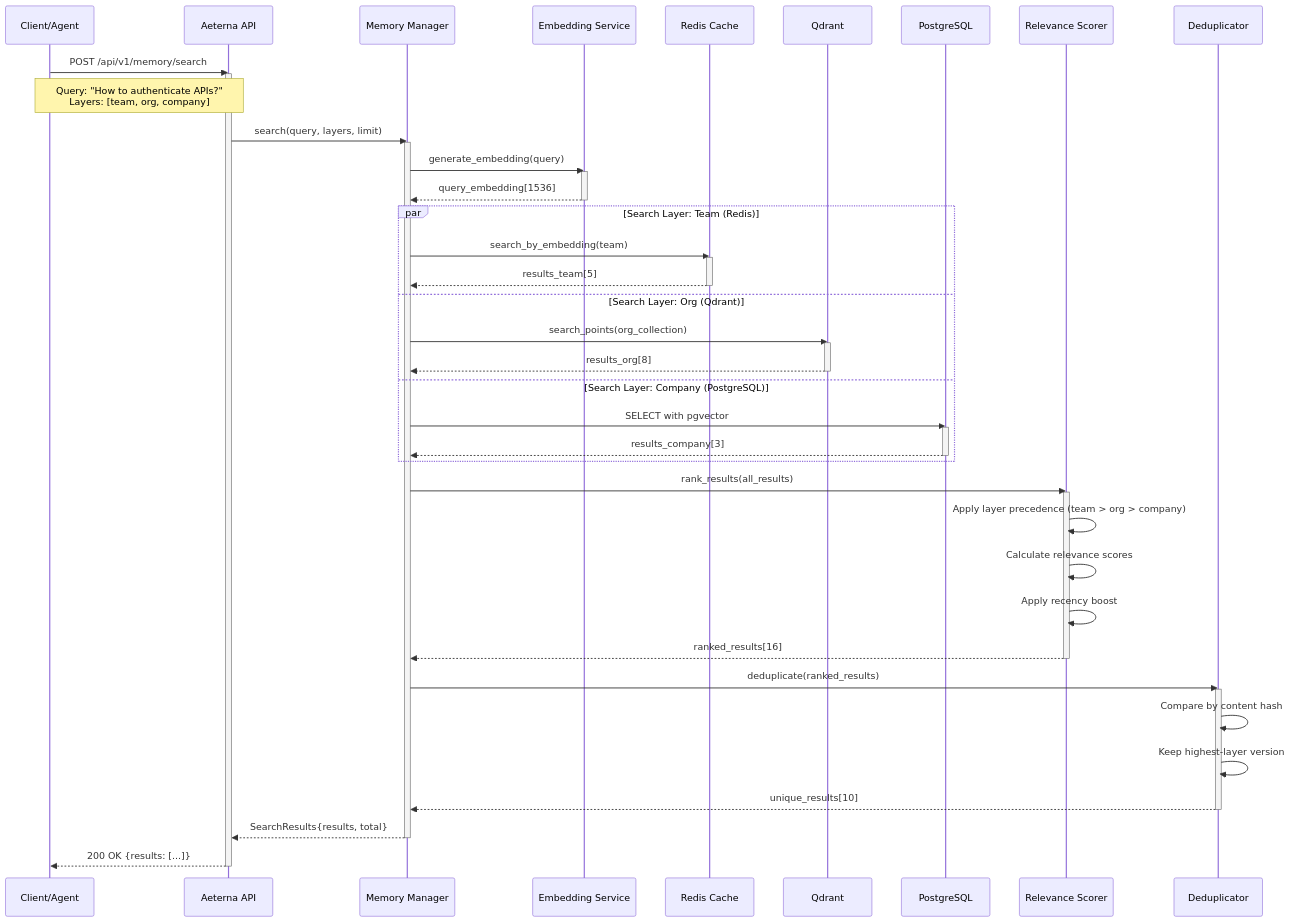
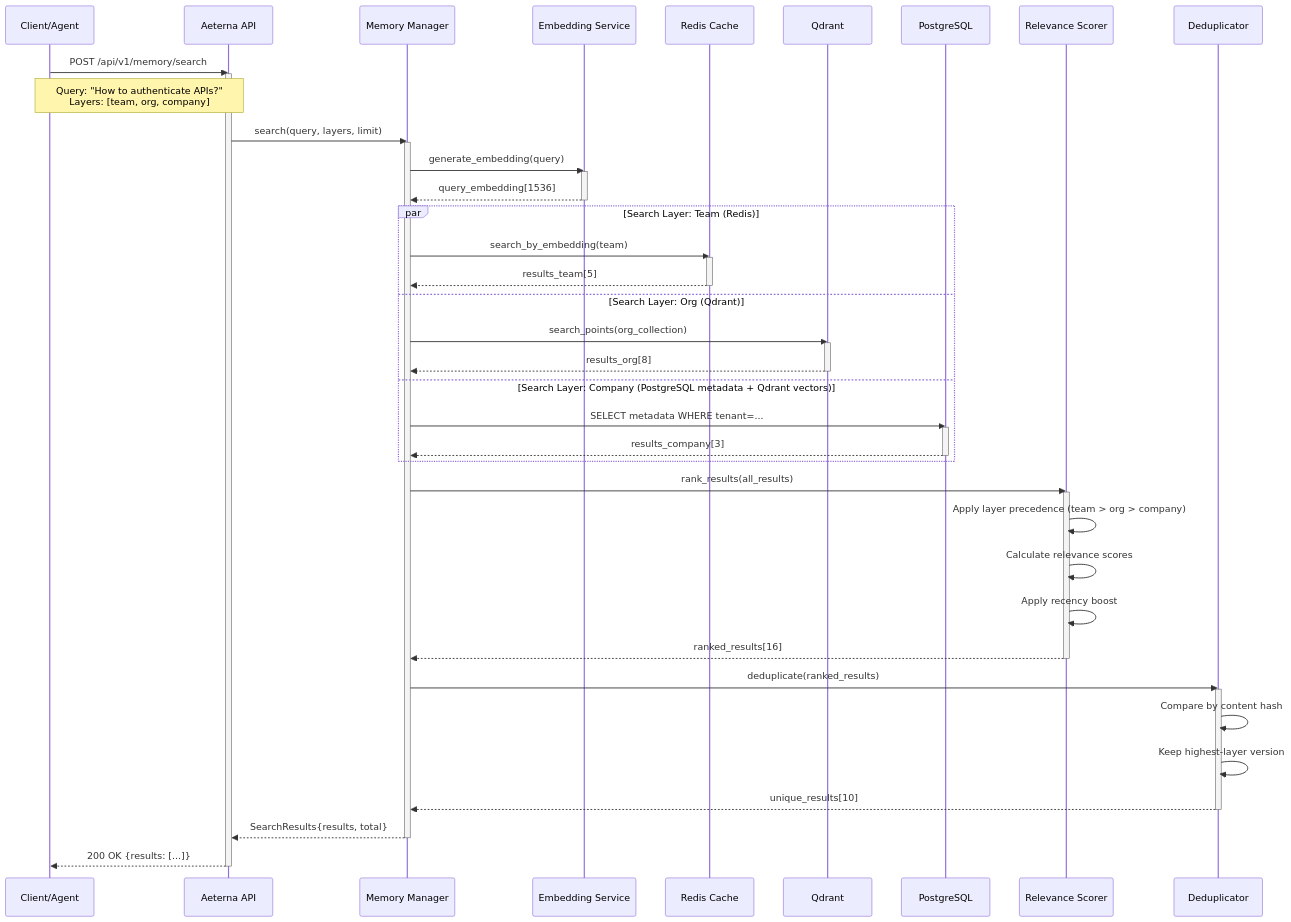
The second of 14 diagrams in docs/sequence-diagrams.md (kikokikok/aeterna), drawn with Mermaid before and after one commit. The commit also changed other lines of this file and 73 other files, not shown here.

````diff
--- a/docs/sequence-diagrams.md
+++ b/docs/sequence-diagrams.md
@@ -83,62 +83,62 @@
 ```mermaid
 sequenceDiagram
     participant Client as Client/Agent
     participant API as Aeterna API
     participant MemManager as Memory Manager
     participant Embedder as Embedding Service
     participant Redis as Redis Cache
     participant Qdrant as Qdrant
     participant Postgres as PostgreSQL
     participant Scorer as Relevance Scorer
     participant Dedup as Deduplicator
 
     Client->>API: POST /api/v1/memory/search
     activate API
     Note over Client,API: Query: "How to authenticate APIs?"<br/>Layers: [team, org, company]
     
     API->>MemManager: search(query, layers, limit)
     activate MemManager
     
     MemManager->>Embedder: generate_embedding(query)
     activate Embedder
     Embedder-->>MemManager: query_embedding[1536]
     deactivate Embedder
     
     par Search Layer: Team (Redis)
         MemManager->>Redis: search_by_embedding(team)
         activate Redis
         Redis-->>MemManager: results_team[5]
         deactivate Redis
     and Search Layer: Org (Qdrant)
         MemManager->>Qdrant: search_points(org_collection)
         activate Qdrant
         Qdrant-->>MemManager: results_org[8]
         deactivate Qdrant
-    and Search Layer: Company (PostgreSQL)
-        MemManager->>Postgres: SELECT with pgvector
+    and Search Layer: Company (PostgreSQL metadata + Qdrant vectors)
+        MemManager->>Postgres: SELECT metadata WHERE tenant=...
         activate Postgres
         Postgres-->>MemManager: results_company[3]
         deactivate Postgres
     end
     
     MemManager->>Scorer: rank_results(all_results)
     activate Scorer
     Scorer->>Scorer: Apply layer precedence (team > org > company)
     Scorer->>Scorer: Calculate relevance scores
     Scorer->>Scorer: Apply recency boost
     Scorer-->>MemManager: ranked_results[16]
     deactivate Scorer
     
     MemManager->>Dedup: deduplicate(ranked_results)
     activate Dedup
     Dedup->>Dedup: Compare by content hash
     Dedup->>Dedup: Keep highest-layer version
     Dedup-->>MemManager: unique_results[10]
     deactivate Dedup
     
     MemManager-->>API: SearchResults{results, total}
     deactivate MemManager
     
     API-->>Client: 200 OK {results: [...]}
     deactivate API
 ```
````
